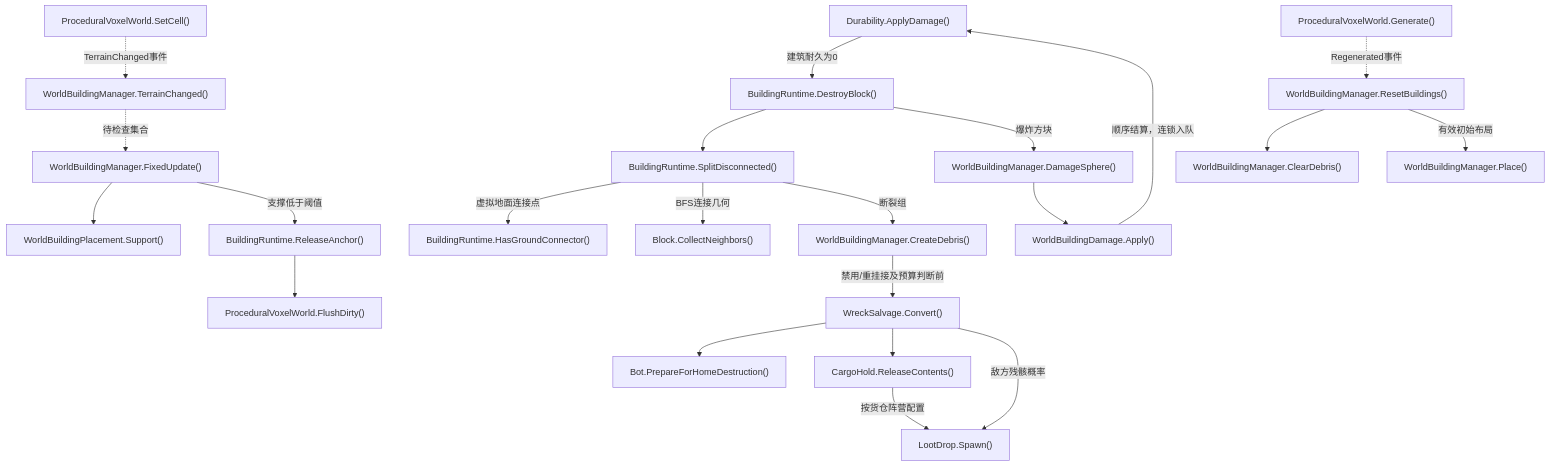
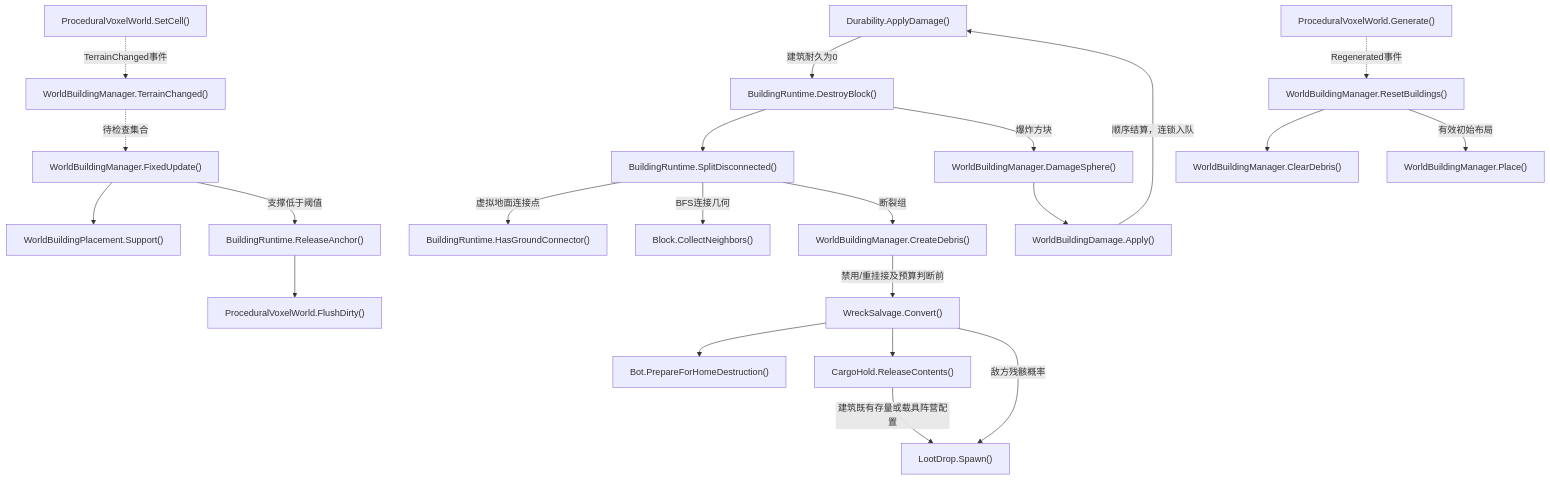
Before and after one commit to kukudia/HY-Sandbox: diagram 22 of 28 in Docs/RuntimeFlow.md, drawn with Mermaid. The commit also changed other lines of this file and 14 other files, not shown here.

````diff
--- a/Docs/RuntimeFlow.md
+++ b/Docs/RuntimeFlow.md
@@ -1994,68 +1994,68 @@
 ```mermaid
 flowchart TD
     A["ProceduralVoxelWorld.SetCell()"]
     click A "../Assets/Scripts/Features/World/ProceduralVoxelWorld.cs#L392" "打开源码"
     B["WorldBuildingManager.TerrainChanged()"]
     click B "../Assets/Scripts/Features/World/WorldBuildingManager.cs#L388" "打开源码"
     C["WorldBuildingManager.FixedUpdate()"]
     click C "../Assets/Scripts/Features/World/WorldBuildingManager.cs#L399" "打开源码"
     D["WorldBuildingPlacement.Support()"]
     click D "../Assets/Scripts/Features/World/WorldBuildingPlacement.cs#L111" "打开源码"
     E["BuildingRuntime.ReleaseAnchor()"]
     click E "../Assets/Scripts/Features/World/BuildingRuntime.cs#L330" "打开源码"
     F["ProceduralVoxelWorld.FlushDirty()"]
     click F "../Assets/Scripts/Features/World/ProceduralVoxelWorld.cs#L535" "打开源码"
     G["Durability.ApplyDamage()"]
     click G "../Assets/Scripts/Features/Combat/Durability.cs#L68" "打开源码"
     H["BuildingRuntime.DestroyBlock()"]
     click H "../Assets/Scripts/Features/World/BuildingRuntime.cs#L201" "打开源码"
     I["BuildingRuntime.SplitDisconnected()"]
     click I "../Assets/Scripts/Features/World/BuildingRuntime.cs#L239" "打开源码"
     J["Block.CollectNeighbors()"]
     click J "../Assets/Scripts/Features/Simulation/Block.cs#L346" "打开源码"
     K["WorldBuildingManager.CreateDebris()"]
     click K "../Assets/Scripts/Features/World/WorldBuildingManager.cs#L421" "打开源码"
     L["WorldBuildingManager.DamageSphere()"]
     click L "../Assets/Scripts/Features/World/WorldBuildingManager.cs#L416" "打开源码"
     M["WorldBuildingDamage.Apply()"]
     click M "../Assets/Scripts/Features/World/WorldBuildingDamage.cs#L17" "打开源码"
     N["ProceduralVoxelWorld.Generate()"]
     click N "../Assets/Scripts/Features/World/ProceduralVoxelWorld.cs#L99" "打开源码"
     O["WorldBuildingManager.ResetBuildings()"]
     click O "../Assets/Scripts/Features/World/WorldBuildingManager.cs#L338" "打开源码"
     P["WorldBuildingManager.ClearDebris()"]
     click P "../Assets/Scripts/Features/World/WorldBuildingManager.cs#L464" "打开源码"
     Q["WorldBuildingManager.Place()"]
     click Q "../Assets/Scripts/Features/World/WorldBuildingManager.cs#L96" "打开源码"
     R["BuildingRuntime.HasGroundConnector()"]
     click R "../Assets/Scripts/Features/World/BuildingRuntime.cs#L309" "打开源码"
     S["WreckSalvage.Convert()"]
     click S "../Assets/Scripts/Features/Salvage/WreckSalvage.cs#L10" "打开源码"
     T["CargoHold.ReleaseContents()"]
     click T "../Assets/Scripts/Features/Salvage/CargoHold.cs#L206" "打开源码"
     U["Bot.PrepareForHomeDestruction()"]
     click U "../Assets/Scripts/Features/Bots/Bot.cs#L210" "打开源码"
     V["LootDrop.Spawn()"]
     click V "../Assets/Scripts/Features/Salvage/LootDrop.cs#L83" "打开源码"
     A -.->|TerrainChanged事件| B
     B -.->|待检查集合| C
     C --> D
     C -->|支撑低于阈值| E
     E --> F
     G -->|建筑耐久为0| H
     H --> I
     I -->|虚拟地面连接点| R
     I -->|BFS连接几何| J
     I -->|断裂组| K
     H -->|爆炸方块| L
     L --> M
     M -->|顺序结算，连锁入队| G
     K -->|禁用/重挂接及预算判断前| S
     S --> U
     S --> T
     S -->|敌方残骸概率| V
-    T -->|按货仓阵营配置| V
+    T -->|建筑既有存量或载具阵营配置| V
     N -.->|Regenerated事件| O
     O --> P
     O -->|有效初始布局| Q
 ```
````
